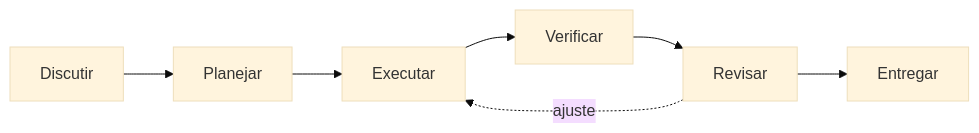
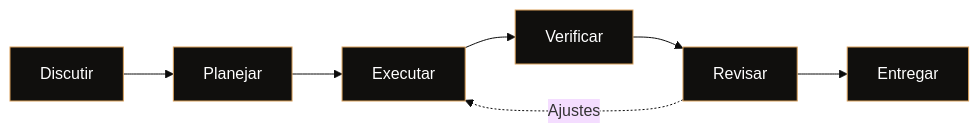
One commit to vanngilha/vanngilha changed the first of 2 diagrams in README.md. Above: the diagram before and after it, drawn with Mermaid (base theme). The commit also changed other lines of this file, not shown here.

````diff
--- a/README.md
+++ b/README.md
@@ -40,5 +103,16 @@
 ```mermaid
 flowchart LR
-    A[Discutir] --> B[Planejar] --> C[Executar] --> D[Verificar] --> E[Revisar] --> F[Entregar]
-    E -. ajuste .-> C
+    A[Discutir] --> B[Planejar]
+    B --> C[Executar]
+    C --> D[Verificar]
+    D --> E[Revisar]
+    E --> F[Entregar]
+    E -. Ajustes .-> C
+
+    style A fill:#100f0d,stroke:#d9a05b,color:#ffffff
+    style B fill:#100f0d,stroke:#d9a05b,color:#ffffff
+    style C fill:#100f0d,stroke:#d9a05b,color:#ffffff
+    style D fill:#100f0d,stroke:#d9a05b,color:#ffffff
+    style E fill:#100f0d,stroke:#d9a05b,color:#ffffff
+    style F fill:#100f0d,stroke:#d9a05b,color:#ffffff
 ```
````
